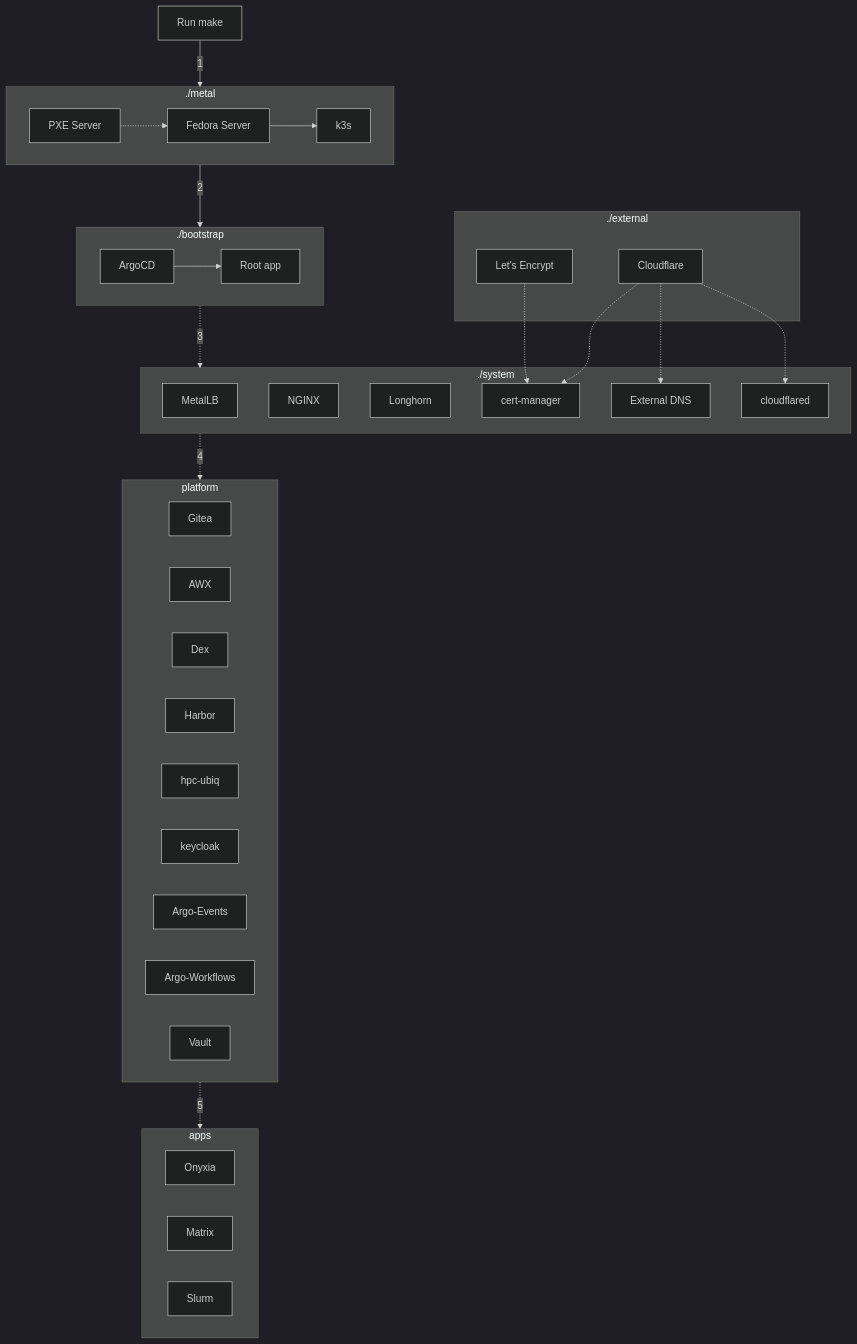
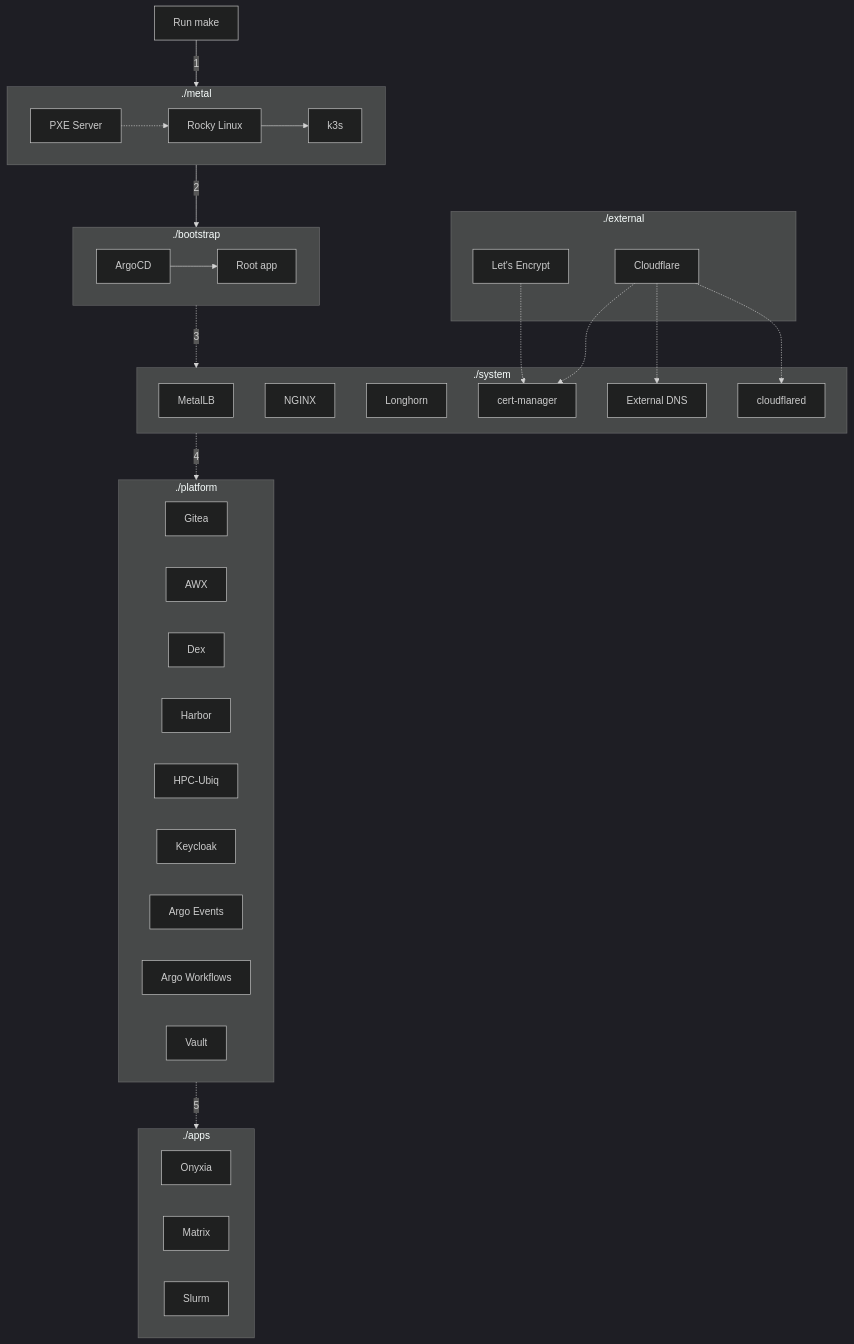
One commit to ubiquitycluster/ubiquity changed the diagram in docs/architecture/overview.md. Above: the diagram before and after it, drawn with Mermaid (dark theme). The commit also changed other lines of this file and 5 other files, not shown here.

````diff
--- a/docs/architecture/overview.md
+++ b/docs/architecture/overview.md
@@ -63,49 +66,53 @@
 ```mermaid
 flowchart TD
-  subgraph metal[./metal]
-    pxe[PXE Server] -.-> linux[Fedora Server] --> k3s
-  end
+    subgraph metal[./metal]
+        pxe[PXE Server] -.-> linux[Rocky Linux] --> k3s
+    end
 
-  subgraph bootstrap[./bootstrap]
-    argocd[ArgoCD] --> rootapp[Root app]
-  end
+    subgraph bootstrap[./bootstrap]
+        argocd[ArgoCD] --> rootapp[Root app]
+    end
 
-  subgraph system[./system]
-    metallb[MetalLB]
-    nginx[NGINX]
-    longhorn[Longhorn]
-    cert-manager
-    external-dns[External DNS]
-    cloudflared
-  end
+    subgraph system[./system]
+        metallb[MetalLB]
+        nginx[NGINX]
+        longhorn[Longhorn]
+        cert-manager
+        external-dns[External DNS]
+        cloudflared
+    end
 
-  subgraph external[./external]
-    letsencrypt[Let's Encrypt]
-    cloudflare[Cloudflare]
-  end
+    subgraph external[./external]
+        letsencrypt[Let's Encrypt]
+        cloudflare[Cloudflare]
+    end
 
-  letsencrypt -.-> cert-manager
-  cloudflare -.-> cert-manager
-  cloudflare -.-> external-dns
-  cloudflare -.-> cloudflared
+    letsencrypt -.-> cert-manager
+    cloudflare -.-> cert-manager
+    cloudflare -.-> external-dns
+    cloudflare -.-> cloudflared
 
-  subgraph platform
-    gitea[Gitea]
-    AWX[AWX]
-    Dex[Dex]
-    Harbor[Harbor]
-    hpc-ubiq[hpc-ubiq]
-    keycloak[keycloak]
-    argo-events[Argo-Events]
-    argo-workflows[Argo-Workflows]
-    vault[Vault]
-  end
+    subgraph platform[./platform]
+        gitea[Gitea]
+        awx[AWX]
+        dex[Dex]
+        harbor[Harbor]
+        hpc-ubiq[HPC-Ubiq]
+        keycloak[Keycloak]
+        argo-events[Argo Events]
+        argo-workflows[Argo Workflows]
+        vault[Vault]
+    end
 
-  subgraph apps
-    onyxia[Onyxia]
-    matrix[Matrix]
-    slurm[Slurm]
-  end
+    subgraph apps[./apps]
+        onyxia[Onyxia]
+        matrix[Matrix]
+        slurm[Slurm]
+    end
 
-  make[Run make] -- 1 --> metal -- 2 --> bootstrap -. 3 .-> system -. 4 .-> platform -. 5 .-> apps
+    make[Run make] -- 1 --> metal
+    metal -- 2 --> bootstrap
+    bootstrap -. 3 .-> system
+    system -. 4 .-> platform
+    platform -. 5 .-> apps
 ```
````
